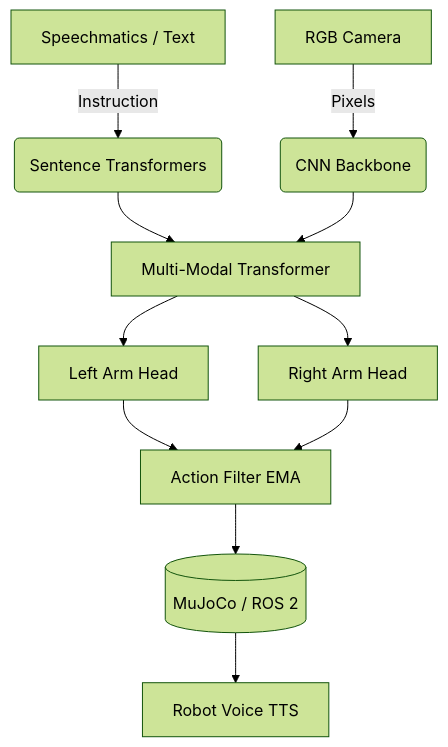
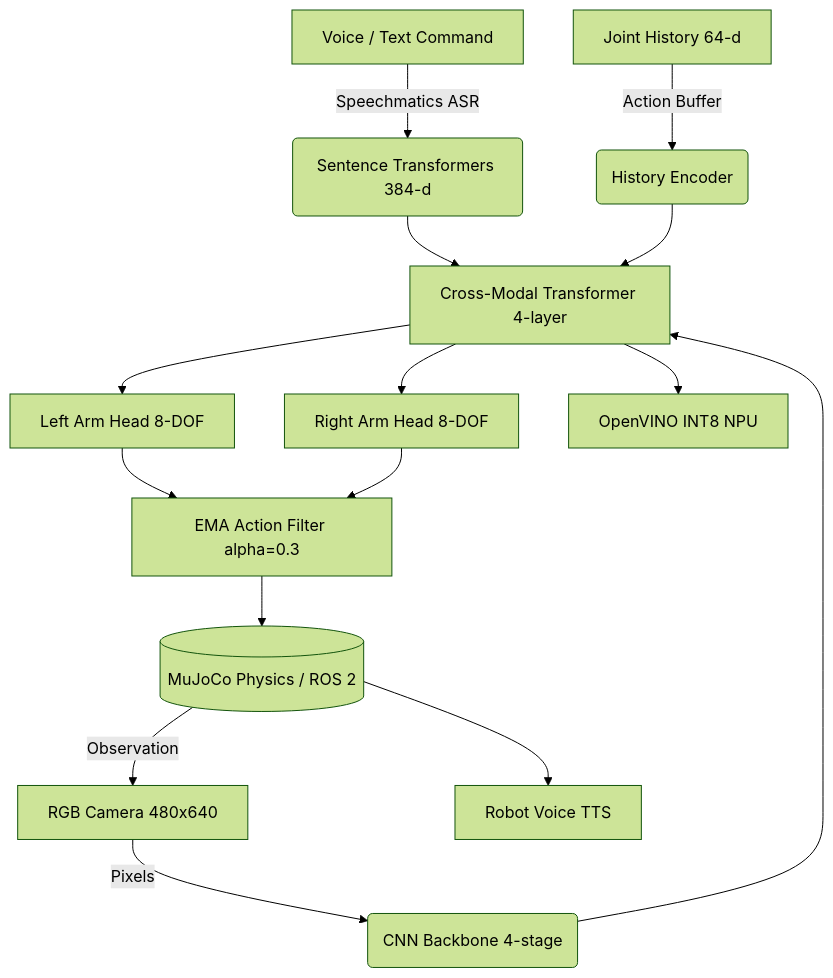
One commit to shambhushekharsinha-engg/sentineledge-core changed the diagram in README.md. Above: the diagram before and after it, drawn with Mermaid (forest theme). The commit also changed other lines of this file and 2 other files, not shown here.

Commit message:
Final polish: Fix README heading/Mermaid/tree/MODEL_CARD link, upgrade CI to full pytest, add benchmark headroom note

````diff
--- a/README.md
+++ b/README.md
@@ -69,13 +70,17 @@
 ```mermaid
 graph TD
-    A[Speechmatics / Text] -->|Instruction| B(Sentence Transformers)
-    C[RGB Camera] -->|Pixels| D(CNN Backbone)
-    B --> E[Multi-Modal Transformer]
-    D --> E
-    E --> F[Left Arm Head]
-    E --> G[Right Arm Head]
-    F --> H[Action Filter EMA]
-    G --> H[Action Filter EMA]
-    H --> I[(MuJoCo / ROS 2)]
-    I --> J[Robot Voice TTS]
+    A[Voice / Text Command] -->|Speechmatics ASR| B(Sentence Transformers 384-d)
+    C[RGB Camera 480x640] -->|Pixels| D(CNN Backbone 4-stage)
+    E[Joint History 64-d] -->|Action Buffer| F(History Encoder)
+    B --> G[Cross-Modal Transformer 4-layer]
+    D --> G
+    F --> G
+    G --> H[Left Arm Head 8-DOF]
+    G --> I[Right Arm Head 8-DOF]
+    H --> J[EMA Action Filter alpha=0.3]
+    I --> J
+    J --> K[(MuJoCo Physics / ROS 2)]
+    K -->|Observation| C
+    K --> L[Robot Voice TTS]
+    G --> M[OpenVINO INT8 NPU]
 ```
````
